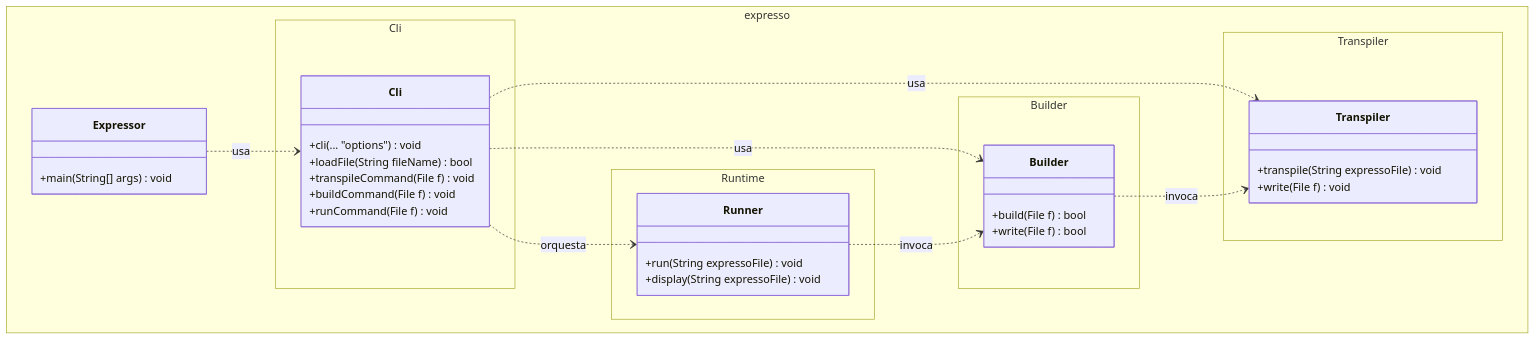
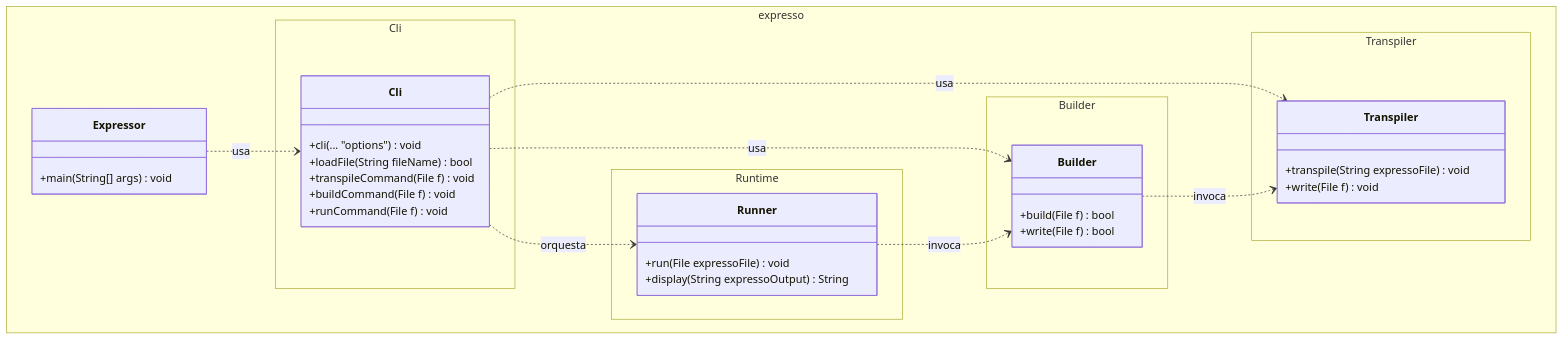
One commit to anthonyOviedo/Expresso changed the diagram in UML.mmd. Above: the diagram before and after it, drawn with Mermaid.

```diff
--- a/UML.mmd
+++ b/UML.mmd
@@ -1,53 +1,53 @@
 classDiagram
 %% =======================
 %% Paquetes / namespaces
 %% =======================
 
 namespace expresso{
   class Expressor {
     +main(String[] args) void
   }
 }
 
 namespace expresso.Cli {
   class Cli {
     +cli(... "options") void
     +loadFile(String fileName) bool
     +transpileCommand(File f) void
     +buildCommand(File f) void
     +runCommand(File f) void
   }
 }
 
 
 namespace expresso.Transpiler {
   class Transpiler {
     +transpile(String expressoFile) void
     +write(File f) void
   }
 }
 
 namespace expresso.Builder {
   class Builder {
     +build(File f) bool
     +write(File f) bool
   }
 }
 
 namespace expresso.Runtime {
   class Runner {
-    +run(String expressoFile) void
-    +display(String expressoFile) void
+    +run(File expressoFile) void
+    +display(String expressoOutput) String
   }
 }
 
 %% =======================
 %% Relaciones internas
 %% =======================
 Expressor ..> Cli : usa
 Cli ..> Transpiler : usa
 Cli ..> Builder  : usa
 Cli ..> Runner     : orquesta
 
 Builder ..> Transpiler : invoca
 Runner    ..> Builder  : invoca
```
